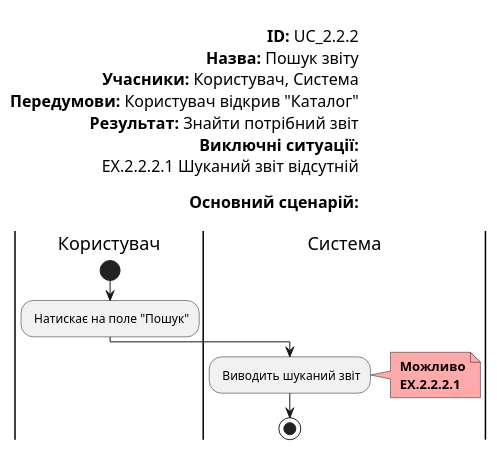
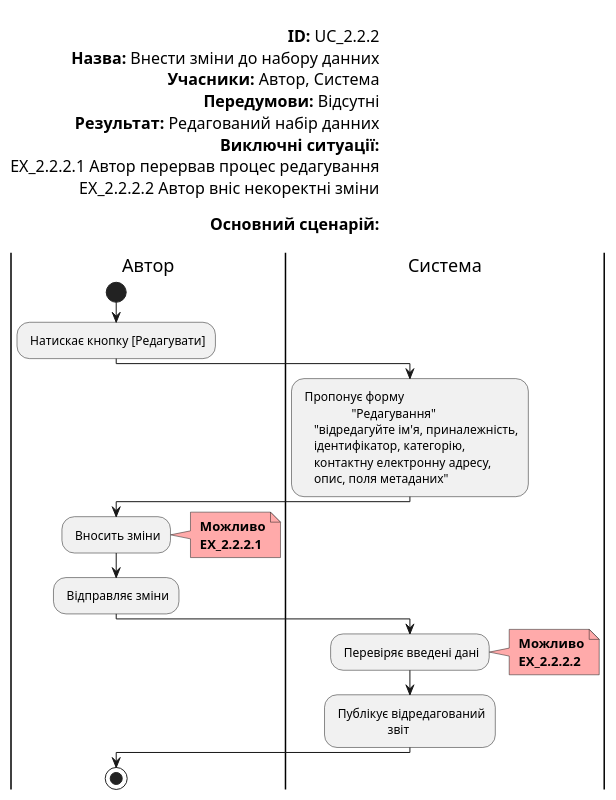
One commit to boldak/database_basics_template changed the diagram in src/uml/UC_2.2.2.puml. Above: the diagram before and after it, drawn with PlantUML.

```diff
--- a/src/uml/UC_2.2.2.puml
+++ b/src/uml/UC_2.2.2.puml
@@ -1,26 +1,46 @@
 @startuml
 left header
         
         <font color=000 size=16><b>ID:</b> UC_2.2.2
-        <font color=000 size=16><b>Назва:</b> Пошук звіту
-        <font color=000 size=16><b>Учасники:</b> Користувач, Система
-        <font color=000 size=16><b>Передумови:</b> Користувач відкрив "Каталог"
-        <font color=000 size=16><b>Результат:</b> Знайти потрібний звіт
+        <font color=000 size=16><b>Назва:</b> Внести зміни до набору данних
+        <font color=000 size=16><b>Учасники:</b> Автор, Система
+        <font color=000 size=16><b>Передумови:</b> Відсутні
+        <font color=000 size=16><b>Результат:</b> Редагований набір данних
         <font color=000 size=16><b>Виключні ситуації:</b>
-        <font color=000 size=16> ЕХ.2.2.2.1 Шуканий звіт відсутній
+        <font color=000 size=16> EX_2.2.2.1 Автор перервав процес редагування
+        <font color=000 size=16> EX_2.2.2.2 Автор вніс некоректні зміни
         
         <font color=000 size=16><b>Основний сценарій:</b>
         
     end header
 
-    |Користувач|
+    |Автор|
         start
-        : Натискає на поле "Пошук";
+        : Натискає кнопку [Редагувати];
     |Система|
-        : Виводить шуканий звіт;
+        : Пропонує форму 
+                        "Редагування" 
+            "відредагуйте ім'я, приналежність,
+            ідентифікатор, категорію, 
+            контактну електронну адресу,
+            опис, поля метаданих";
+    |Автор|    
+        : Вносить зміни;
         note right #ffaaaa
         <b> Можливо
-        <b> EX.2.2.2.1
+        <b> EX_2.2.2.1
         end note
+        
+        : Відправляє зміни;
+    |Система|
+        : Перевіряє введені дані;
+        note right #ffaaaa
+        <b> Можливо
+        <b> EX_2.2.2.2
+        end note
+
+        : Публікує відредагований
+                         звіт;
+    |Автор|    
         stop;
 @enduml
```
